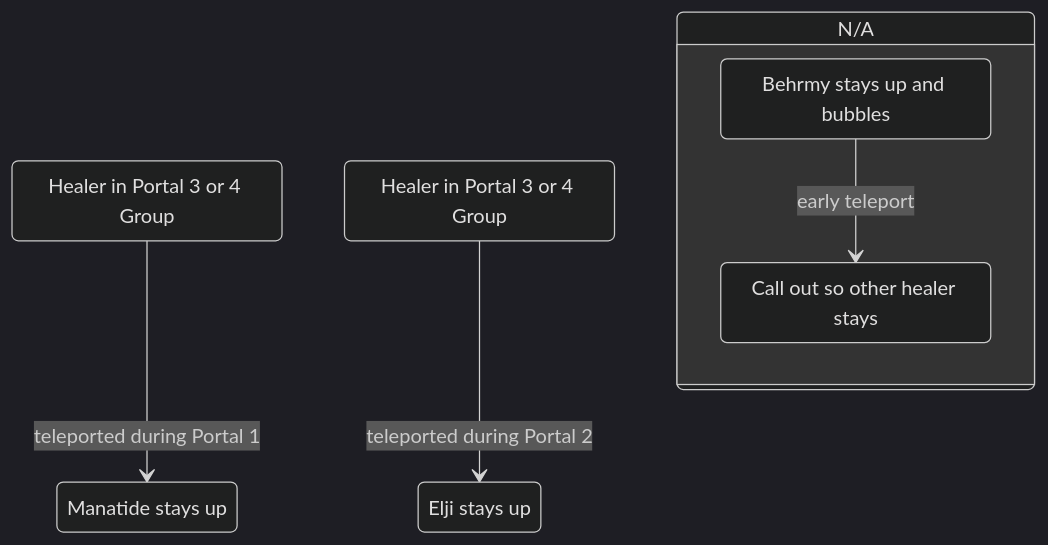
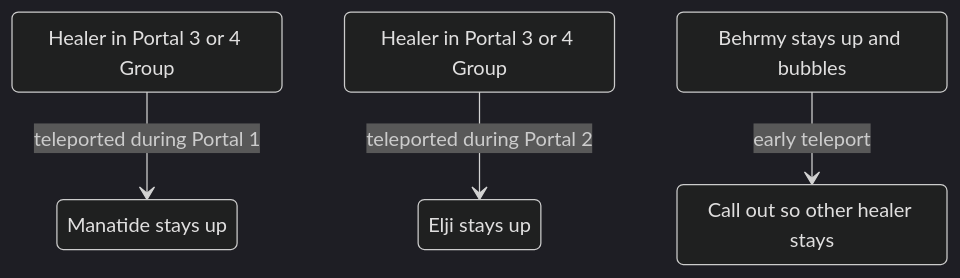
The third of 10 diagrams in wepulled/swp/README.md (leemWF/READMEVault), drawn with Mermaid (dark theme) before and after one commit. The commit also changed other lines of this file, not shown here.

````diff
--- a/wepulled/swp/README.md
+++ b/wepulled/swp/README.md
@@ -49,16 +49,14 @@
 ```mermaid
 stateDiagram-v2
     s1: Healer in Portal 3 or 4 Group
     s2: Manatide stays up
     s1 --> s2: teleported during Portal 1
 
     s3: Healer in Portal 3 or 4 Group
     s4: Elji stays up
     s3 --> s4: teleported during Portal 2
 
-    state N/A {
     s5: Behrmy stays up and bubbles
     s6: Call out so other healer stays
     s5 --> s6: early teleport
-    }
 ```
````
